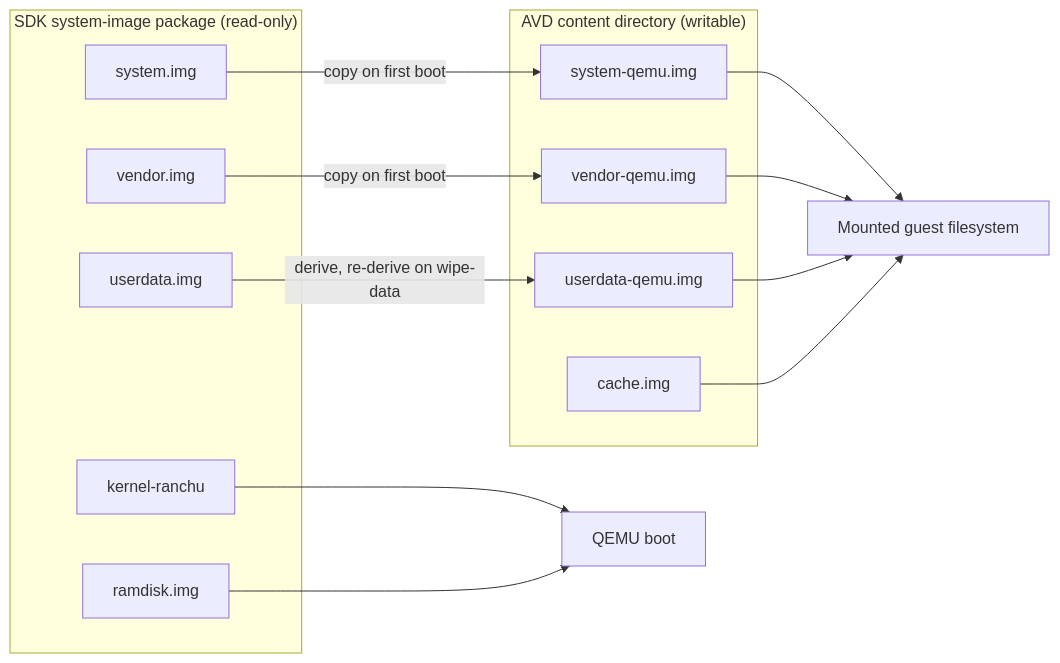
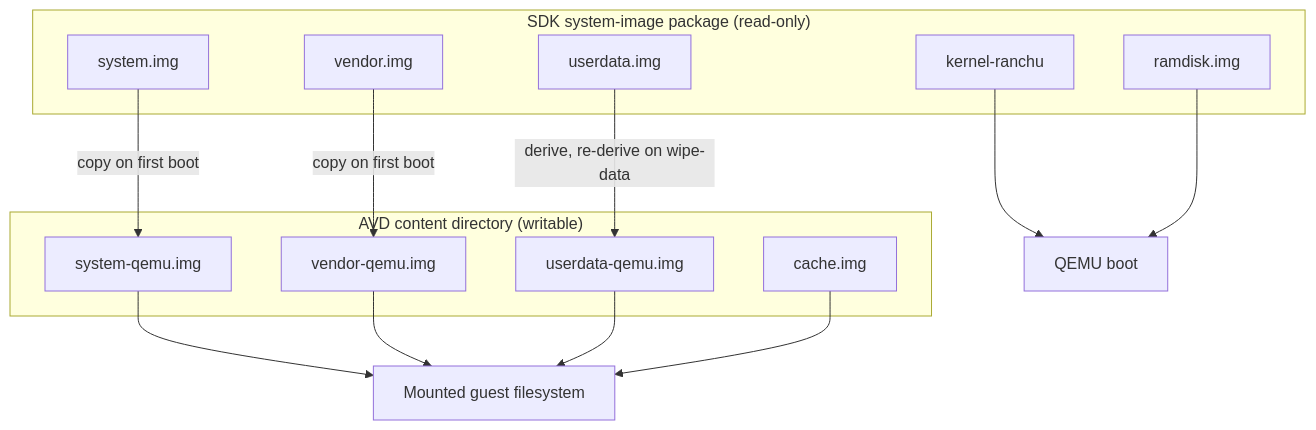
One commit to aospbooks/android-emulator-internal-book changed the second of 8 diagrams in 24-system-images-hal.md. Above: the diagram before and after it, drawn with Mermaid. The commit also changed other lines of this file and 31 other files, not shown here.

````diff
--- a/24-system-images-hal.md
+++ b/24-system-images-hal.md
@@ -119,25 +126,25 @@
 ```mermaid
-flowchart LR
+flowchart TB
     subgraph SDK["SDK system-image package (read-only)"]
         IS["system.img"]
         IV["vendor.img"]
         ID["userdata.img"]
         KR["kernel-ranchu"]
         RD["ramdisk.img"]
     end
     subgraph AVD["AVD content directory (writable)"]
         US["system-qemu.img"]
         UV["vendor-qemu.img"]
         UD["userdata-qemu.img"]
         CA["cache.img"]
     end
     IS -->|"copy on first boot"| US
     IV -->|"copy on first boot"| UV
     ID -->|"derive, re-derive on wipe-data"| UD
     KR --> BOOT["QEMU boot"]
     RD --> BOOT
     US --> GUEST["Mounted guest filesystem"]
     UV --> GUEST
     UD --> GUEST
     CA --> GUEST
 ```
````
